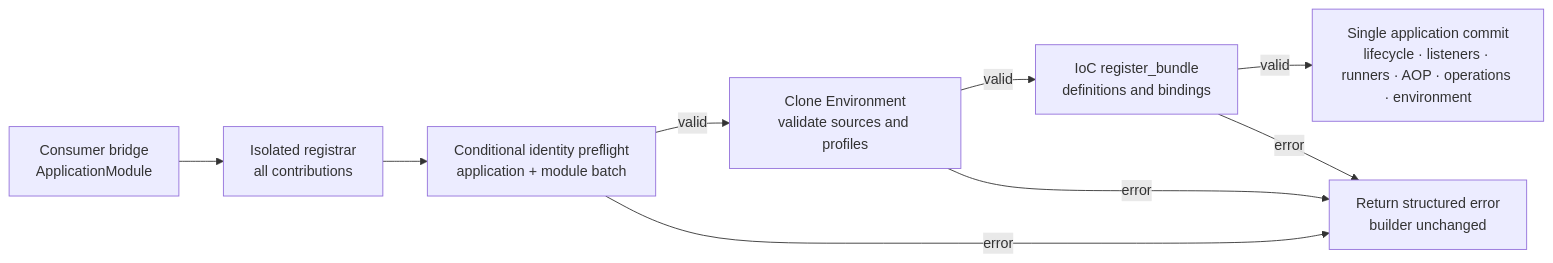
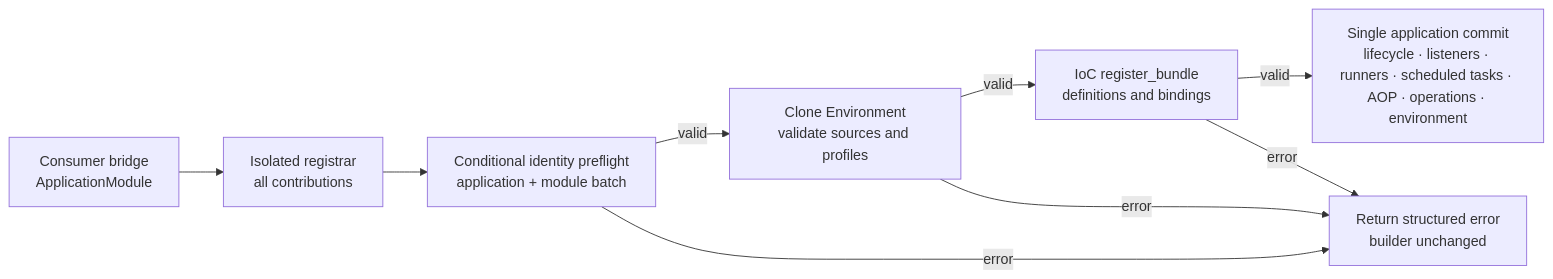
One commit to easy-4-rust/vernal changed diagram 13 of 26 in docs/Vernal-Architecture.md. Above: the diagram before and after it, drawn with Mermaid. The commit also changed other lines of this file and 33 other files, not shown here.

Commit message:
feat(context): supervise scheduled tasks

````diff
--- a/docs/Vernal-Architecture.md
+++ b/docs/Vernal-Architecture.md
@@ -989,19 +991,19 @@
 ```mermaid
 flowchart LR
     Bridge["Consumer bridge<br/>ApplicationModule"]
     Stage["Isolated registrar<br/>all contributions"]
     Condition["Conditional identity preflight<br/>application + module batch"]
     Env["Clone Environment<br/>validate sources and profiles"]
     Bundle["IoC register_bundle<br/>definitions and bindings"]
-    Commit["Single application commit<br/>lifecycle · listeners · runners · AOP · operations · environment"]
+    Commit["Single application commit<br/>lifecycle · listeners · runners · scheduled tasks · AOP · operations · environment"]
     Rollback["Return structured error<br/>builder unchanged"]
 
     Bridge --> Stage
     Stage --> Condition
     Condition -->|"valid"| Env
     Condition -->|"error"| Rollback
     Env -->|"valid"| Bundle
     Env -->|"error"| Rollback
     Bundle -->|"valid"| Commit
     Bundle -->|"error"| Rollback
 ```
````
